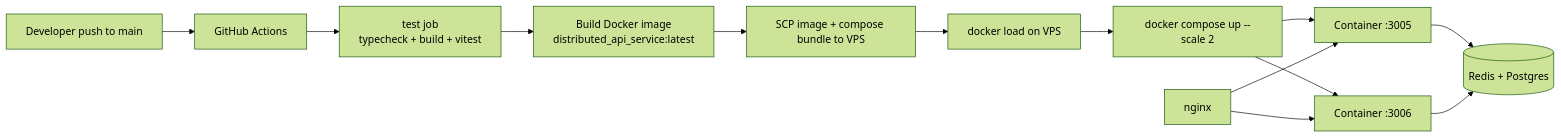
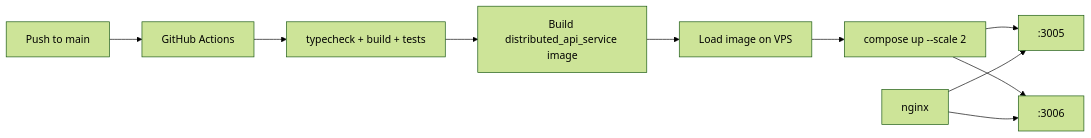
The fifth of 5 diagrams in README.md (gerimujo496/rate-limiter), drawn with Mermaid (forest theme) before and after one commit. The commit also changed other lines of this file, not shown here.

````diff
--- a/README.md
+++ b/README.md
@@ -526,15 +446,12 @@
 ```mermaid
 flowchart LR
-    Dev[Developer push to main] --> GHA[GitHub Actions]
-    GHA --> Test[test job<br/>typecheck + build + vitest]
-    Test --> Build[Build Docker image<br/>distributed_api_service:latest]
-    Build --> SCP[SCP image + compose bundle to VPS]
-    SCP --> Load[docker load on VPS]
-    Load --> Up[docker compose up --scale 2]
-    Up --> C1[Container :3005]
-    Up --> C2[Container :3006]
+    Dev[Push to main] --> GHA[GitHub Actions]
+    GHA --> Test[typecheck + build + tests]
+    Test --> Image[Build distributed_api_service image]
+    Image --> VPS[Load image on VPS]
+    VPS --> Up[compose up --scale 2]
+    Up --> C1[:3005]
+    Up --> C2[:3006]
     Nginx[nginx] --> C1
     Nginx --> C2
-    C1 --> Data[(Redis + Postgres)]
-    C2 --> Data
 ```
````
